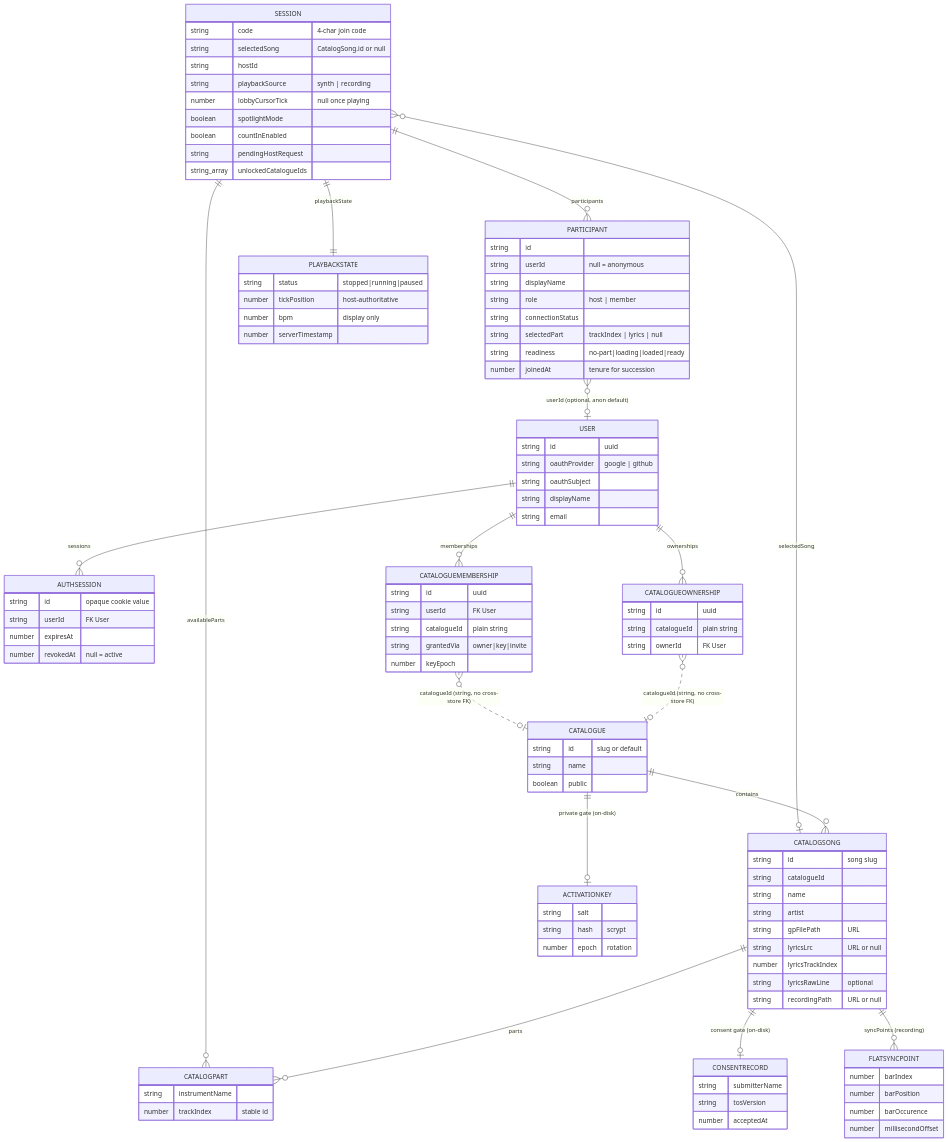
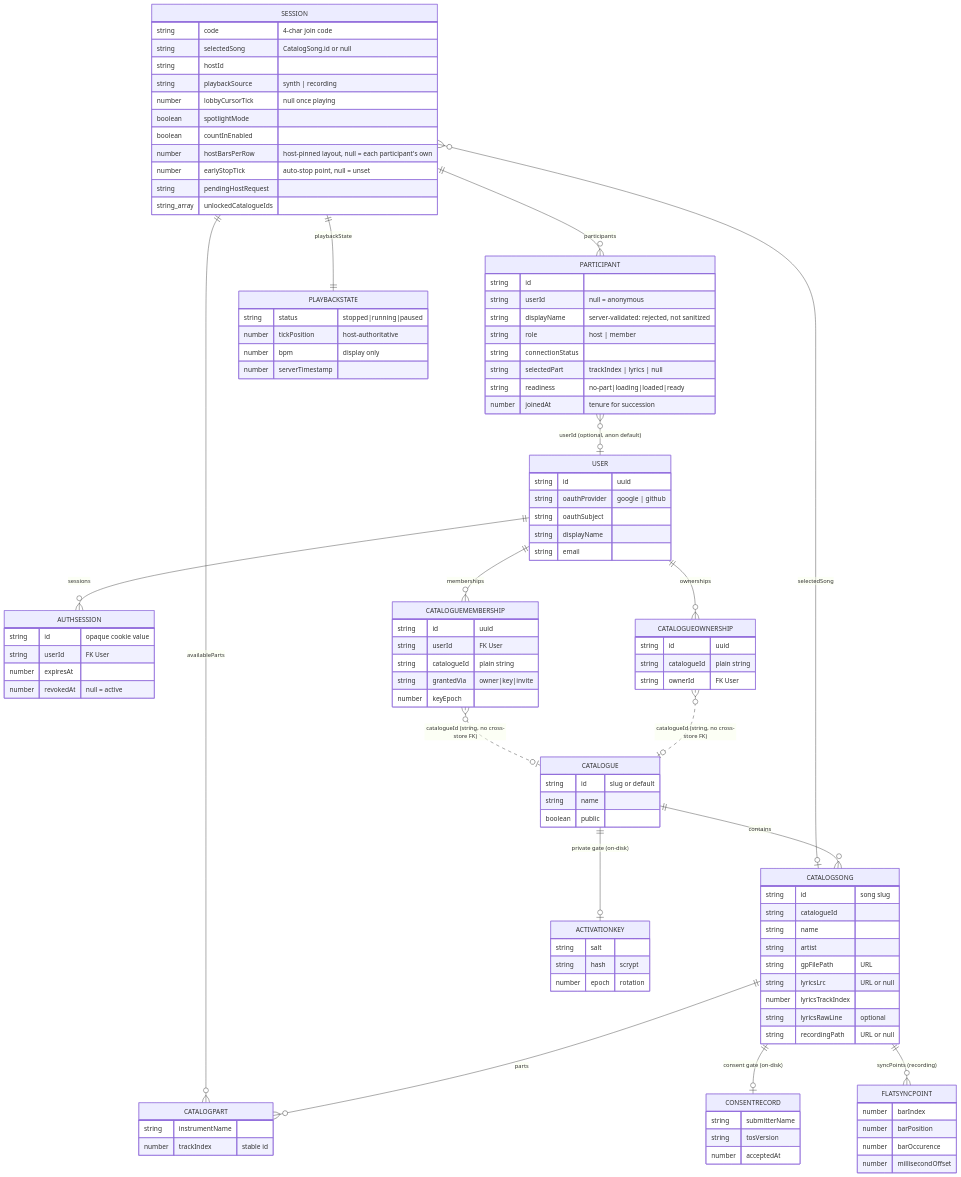
One commit to kinda-bad/sync-tab-scroll changed the first of 3 diagrams in README.md. Above: the diagram before and after it, drawn with Mermaid. The commit also changed other lines of this file and 3 other files, not shown here.

Commit message:
docs(diagrams): regenerate datamodel/infrastructure/ui Mermaid diagrams

```diff
--- a/README.md
+++ b/README.md
@@ -244,13 +244,15 @@
         number lobbyCursorTick "null once playing"
         boolean spotlightMode
         boolean countInEnabled
+        number hostBarsPerRow "host-pinned layout, null = each participant's own"
+        number earlyStopTick "auto-stop point, null = unset"
         string pendingHostRequest
         string_array unlockedCatalogueIds
     }
     PARTICIPANT {
         string id
         string userId "null = anonymous"
-        string displayName
+        string displayName "server-validated: rejected, not sanitized"
         string role "host | member"
         string connectionStatus
         string selectedPart "trackIndex | lyrics | null"
```
